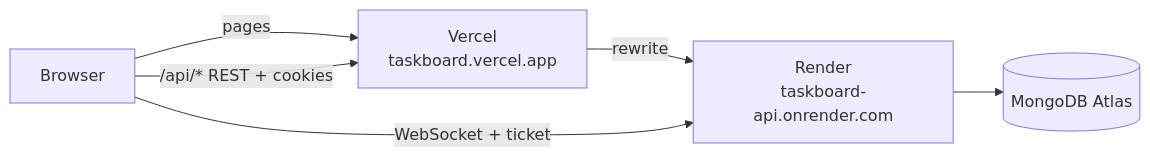
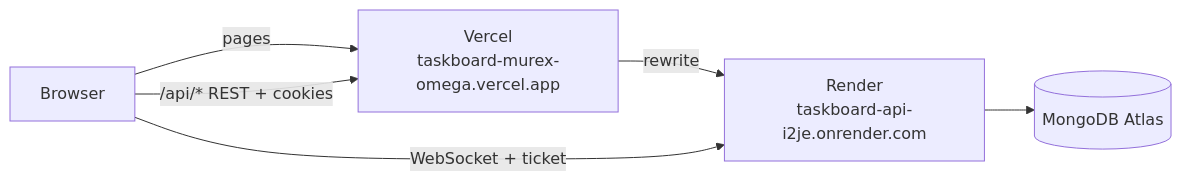
One commit to vkushal-28/taskboard changed the diagram in docs/DEPLOY.md. Above: the diagram before and after it, drawn with Mermaid. The commit also changed other lines of this file and 1 other file, not shown here.

First line of the commit message:
docs(deploy): use the real Render URL and explain stale Vercel rewrites

````diff
--- a/docs/DEPLOY.md
+++ b/docs/DEPLOY.md
@@ -16,8 +19,8 @@
 ```mermaid
 flowchart LR
-  B[Browser] -->|pages| V[Vercel<br/>taskboard.vercel.app]
+  B[Browser] -->|pages| V[Vercel<br/>taskboard-murex-omega.vercel.app]
   B -->|/api/* REST + cookies| V
-  V -->|rewrite| R[Render<br/>taskboard-api.onrender.com]
+  V -->|rewrite| R[Render<br/>taskboard-api-i2je.onrender.com]
   B -->|WebSocket + ticket| R
   R --> A[(MongoDB Atlas)]
 ```
````
